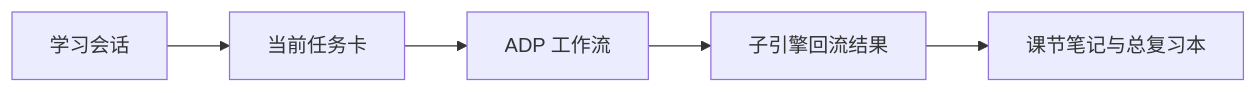
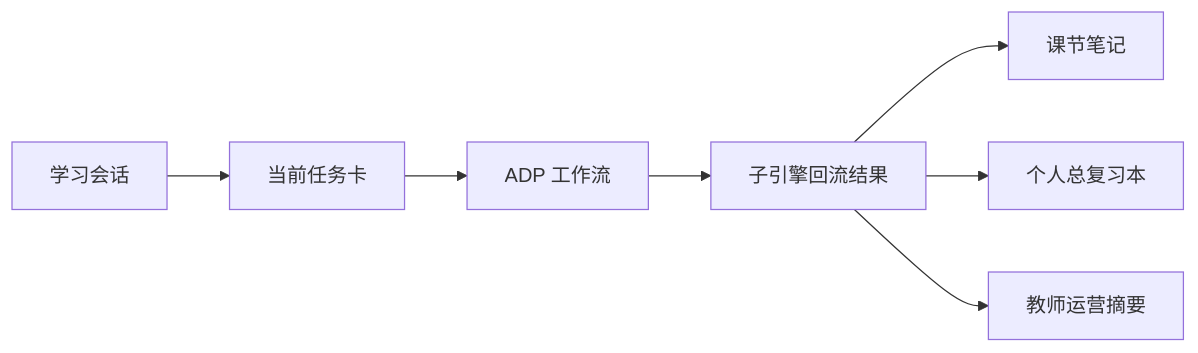
Before and after one commit to chenqsq/doc-showcase: the diagram in doc/智能体文档/学科层/高等数学-ADP配置手册.md, drawn with Mermaid. The commit also changed other lines of this file and 20 other files, not shown here.

````diff
--- a/doc/智能体文档/学科层/高等数学-ADP配置手册.md
+++ b/doc/智能体文档/学科层/高等数学-ADP配置手册.md
@@ -85,7 +58,9 @@
 ```mermaid
 flowchart LR
     A[学习会话] --> B[当前任务卡]
     B --> C[ADP 工作流]
     C --> D[子引擎回流结果]
-    D --> E[课节笔记与总复习本]
+    D --> E[课节笔记]
+    D --> F[个人总复习本]
+    D --> G[教师运营摘要]
 ```
````
